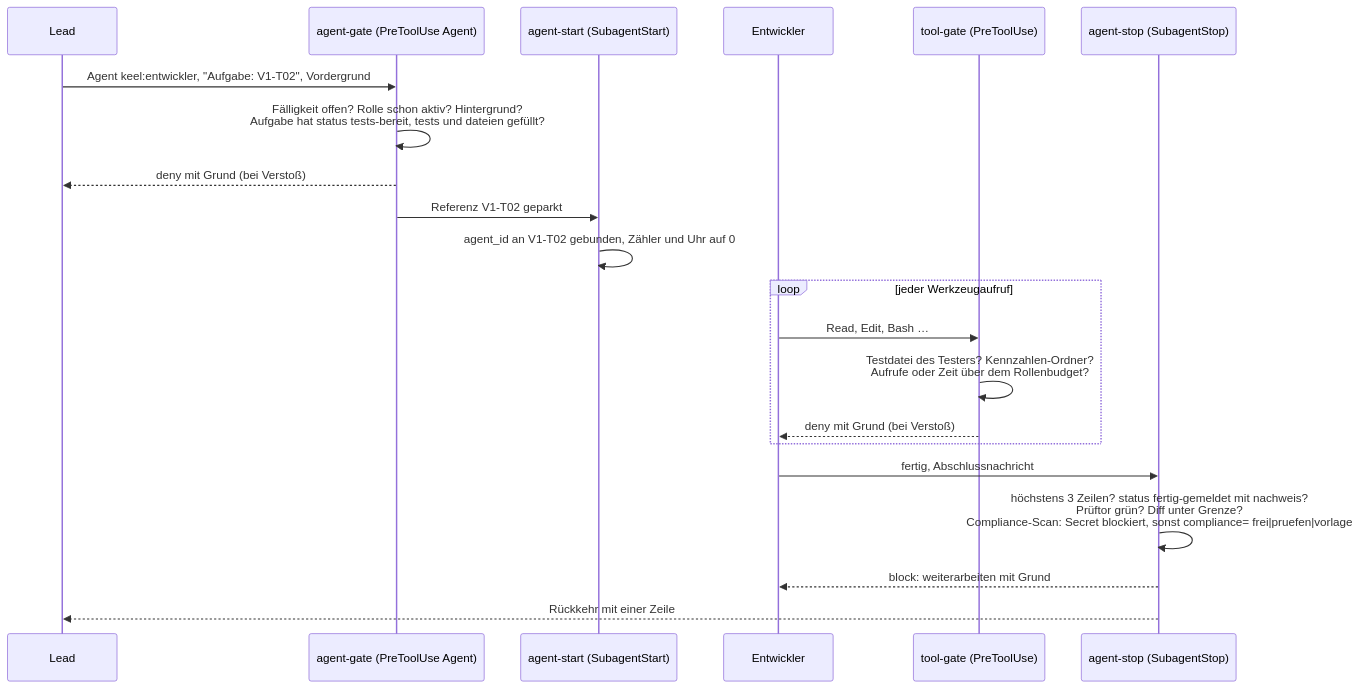
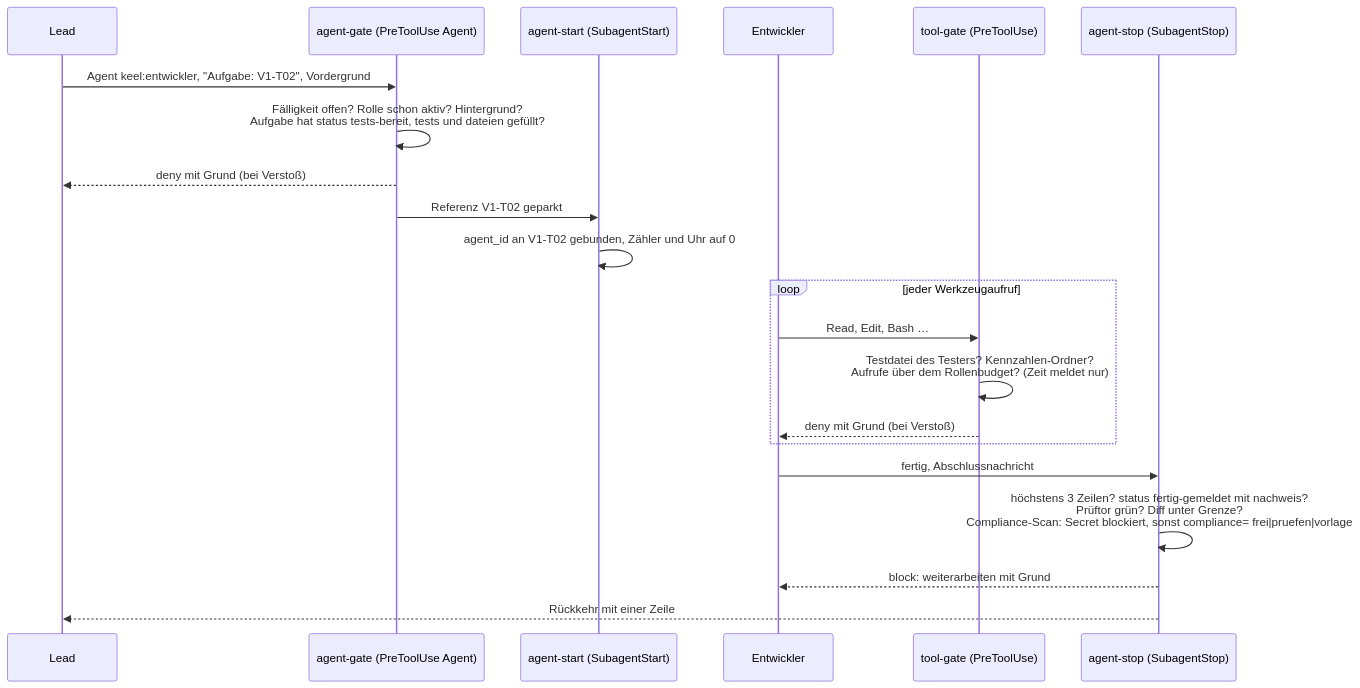
Before and after one commit to xXExceptionXx/keel: the sixth of 7 diagrams in docs/system.md, drawn with Mermaid. The commit also changed other lines of this file and 11 other files, not shown here.

````diff
--- a/docs/system.md
+++ b/docs/system.md
@@ -161,24 +161,24 @@
 ```mermaid
 sequenceDiagram
     participant L as Lead
     participant G as agent-gate (PreToolUse Agent)
     participant S as agent-start (SubagentStart)
     participant D as Entwickler
     participant T as tool-gate (PreToolUse)
     participant E as agent-stop (SubagentStop)
 
     L->>G: Agent keel:entwickler, "Aufgabe: V1-T02", Vordergrund
     G->>G: Fälligkeit offen? Rolle schon aktiv? Hintergrund?<br/>Aufgabe hat status tests-bereit, tests und dateien gefüllt?
     G-->>L: deny mit Grund (bei Verstoß)
     G->>S: Referenz V1-T02 geparkt
     S->>S: agent_id an V1-T02 gebunden, Zähler und Uhr auf 0
     loop jeder Werkzeugaufruf
         D->>T: Read, Edit, Bash …
-        T->>T: Testdatei des Testers? Kennzahlen-Ordner?<br/>Aufrufe oder Zeit über dem Rollenbudget?
+        T->>T: Testdatei des Testers? Kennzahlen-Ordner?<br/>Aufrufe über dem Rollenbudget? (Zeit meldet nur)
         T-->>D: deny mit Grund (bei Verstoß)
     end
     D->>E: fertig, Abschlussnachricht
     E->>E: höchstens 3 Zeilen? status fertig-gemeldet mit nachweis?<br/>Prüftor grün? Diff unter Grenze?<br/>Compliance-Scan: Secret blockiert, sonst compliance= frei|pruefen|vorlage
     E-->>D: block: weiterarbeiten mit Grund
     E-->>L: Rückkehr mit einer Zeile
 ```
````
